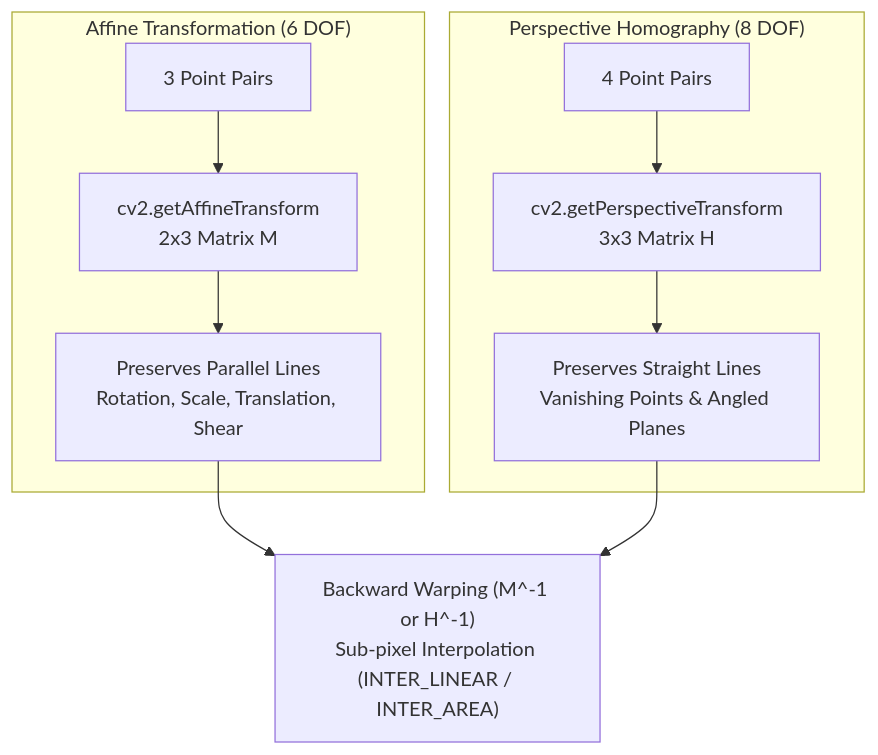
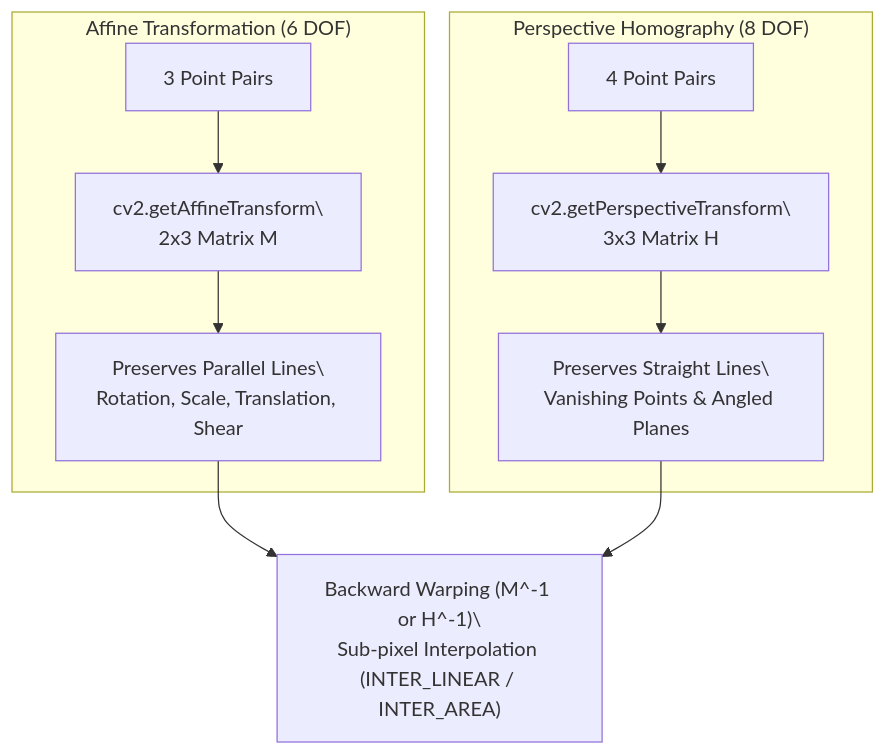
One commit to jashu-16/cv_learning changed the sixth of 6 diagrams in docs/opencv/part1_fundamentals.md. Above: the diagram before and after it, drawn with Mermaid. The commit also changed other lines of this file and 24 other files, not shown here.

````diff
--- a/docs/opencv/part1_fundamentals.md
+++ b/docs/opencv/part1_fundamentals.md
@@ -1071,13 +1206,13 @@
 ```mermaid
 flowchart TD
     subgraph Affine ["Affine Transformation (6 DOF)"]
-        A1["3 Point Pairs"] --> A2["cv2.getAffineTransform\n2x3 Matrix M"]
-        A2 --> A3["Preserves Parallel Lines\nRotation, Scale, Translation, Shear"]
+        A1["3 Point Pairs"] --> A2["cv2.getAffineTransform\\n2x3 Matrix M"]
+        A2 --> A3["Preserves Parallel Lines\\nRotation, Scale, Translation, Shear"]
     end
     subgraph Perspective ["Perspective Homography (8 DOF)"]
-        P1["4 Point Pairs"] --> P2["cv2.getPerspectiveTransform\n3x3 Matrix H"]
-        P2 --> P3["Preserves Straight Lines\nVanishing Points & Angled Planes"]
+        P1["4 Point Pairs"] --> P2["cv2.getPerspectiveTransform\\n3x3 Matrix H"]
+        P2 --> P3["Preserves Straight Lines\\nVanishing Points & Angled Planes"]
     end
-    A3 --> WARP["Backward Warping (M^-1 or H^-1)\nSub-pixel Interpolation (INTER_LINEAR / INTER_AREA)"]
+    A3 --> WARP["Backward Warping (M^-1 or H^-1)\\nSub-pixel Interpolation (INTER_LINEAR / INTER_AREA)"]
     P3 --> WARP
 ```
````
